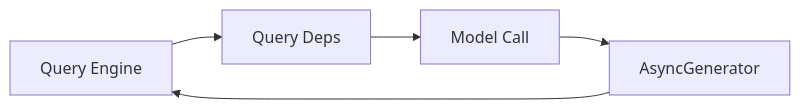
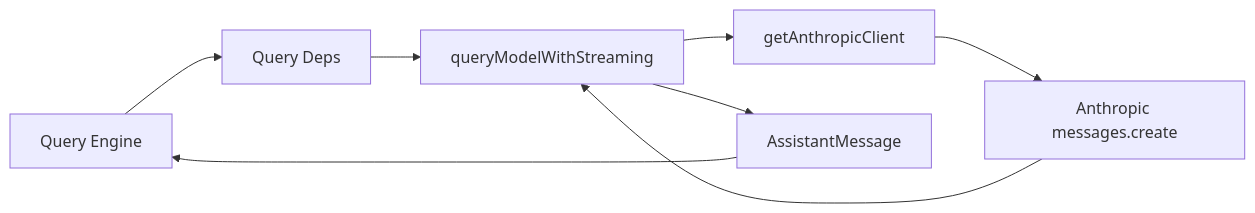
Before and after one commit to friendlyhank/claude-code-annotated: the diagram in notes/reviews/05-api-client-layer.md, drawn with Mermaid. The commit also changed other lines of this file and 2 other files, not shown here.

Commit message:
docs: update reviews to reflect real API adapter integration

````diff
--- a/notes/reviews/05-api-client-layer.md
+++ b/notes/reviews/05-api-client-layer.md
@@ -17,7 +20,10 @@
 ```mermaid
 flowchart LR
     Query[Query Engine] --> Deps[Query Deps]
-    Deps --> Call[Model Call]
-    Call --> Stream[AsyncGenerator]
+    Deps --> Claude[queryModelWithStreaming]
+    Claude --> Client[getAnthropicClient]
+    Client --> API[Anthropic messages.create]
+    API --> Claude
+    Claude --> Stream[AssistantMessage]
     Stream --> Query
 ```
````
